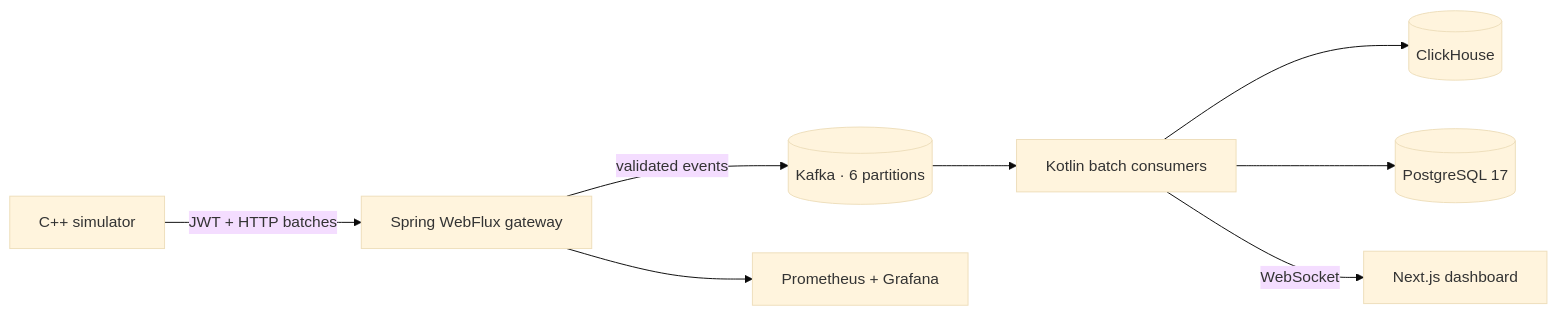
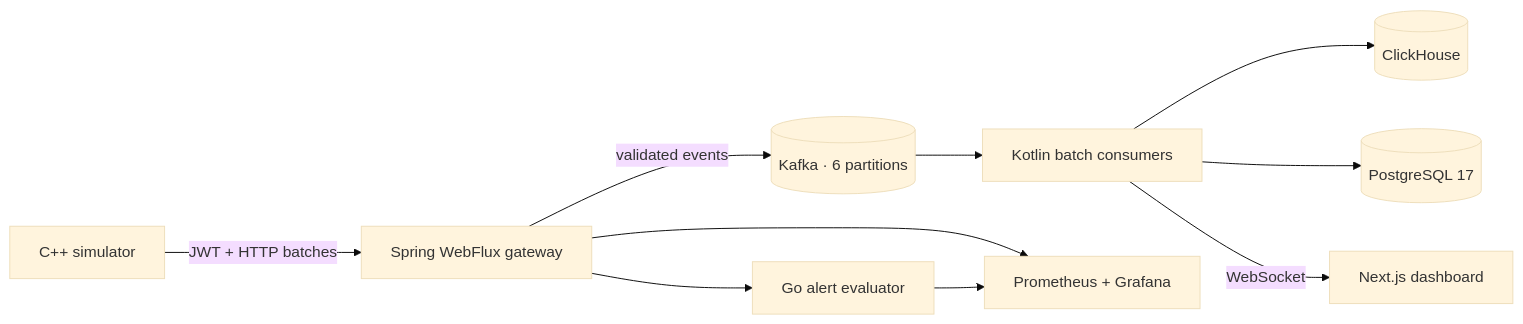
The diagram in docs/architecture.md (zezotony605-wq/PulseGrid-Full-Stack), drawn with Mermaid (base theme) before and after one commit. The commit also changed other lines of this file and 38 other files, not shown here.

````diff
--- a/docs/architecture.md
+++ b/docs/architecture.md
@@ -3,10 +3,12 @@
 ```mermaid
 flowchart LR
   SIM["C++ simulator"] -->|"JWT + HTTP batches"| API["Spring WebFlux gateway"]
   API -->|"validated events"| KAFKA[("Kafka · 6 partitions")]
   KAFKA --> CONSUMER["Kotlin batch consumers"]
   CONSUMER --> CH[(ClickHouse)]
   CONSUMER --> PG[(PostgreSQL 17)]
   CONSUMER -->|WebSocket| UI["Next.js dashboard"]
+  API --> ALERTS["Go alert evaluator"]
   API --> METRICS["Prometheus + Grafana"]
+  ALERTS --> METRICS
 ```
````
